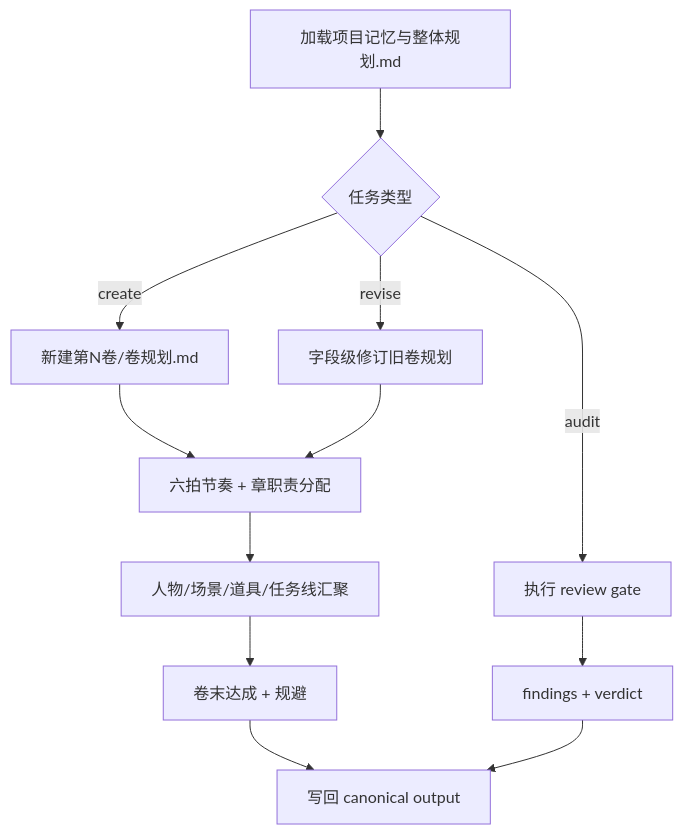
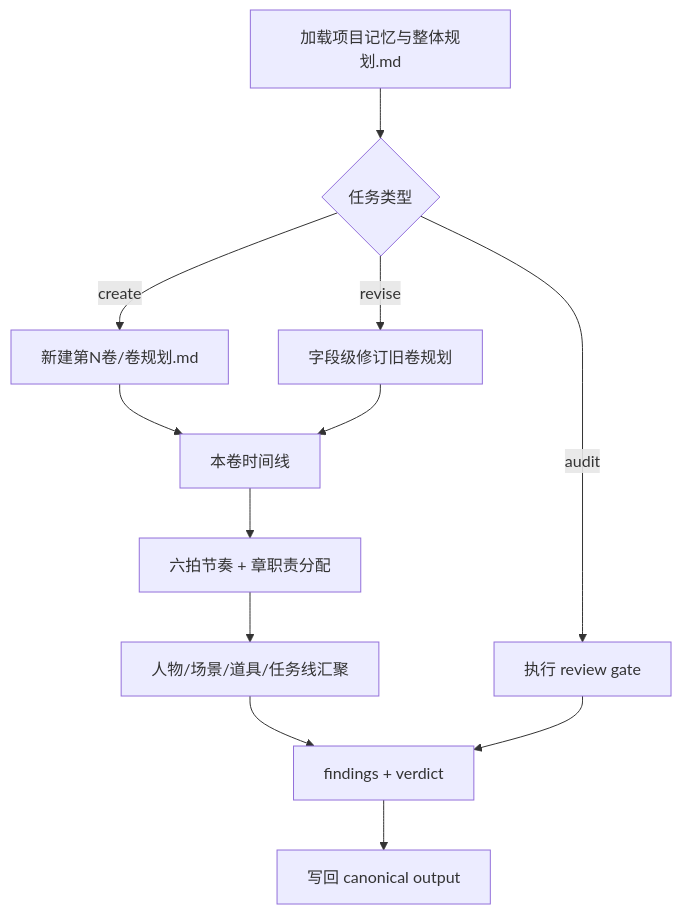
The first of 2 diagrams in .agents/skills/story/2-卷章/2-卷级/SKILL.md (ZEN-VOID/AI-CUT), drawn with Mermaid before and after one commit. The commit also changed other lines of this file and 45 other files, not shown here.

````diff
--- a/.agents/skills/story/2-卷章/2-卷级/SKILL.md
+++ b/.agents/skills/story/2-卷章/2-卷级/SKILL.md
@@ -105,14 +107,14 @@
 ```mermaid
 flowchart TD
     A["加载项目记忆与整体规划.md"] --> B{"任务类型"}
     B -->|"create"| C["新建第N卷/卷规划.md"]
     B -->|"revise"| D["字段级修订旧卷规划"]
     B -->|"audit"| E["执行 review gate"]
-    C --> F["六拍节奏 + 章职责分配"]
+    C --> F["本卷时间线"]
     D --> F
-    F --> G["人物/场景/道具/任务线汇聚"]
-    G --> H["卷末达成 + 规避"]
+    F --> G["六拍节奏 + 章职责分配"]
+    G --> H["人物/场景/道具/任务线汇聚"]
+    H --> I["卷末达成 + 规避"]
     E --> I["findings + verdict"]
-    H --> J["写回 canonical output"]
-    I --> J
+    I --> J["写回 canonical output"]
 ```
````
